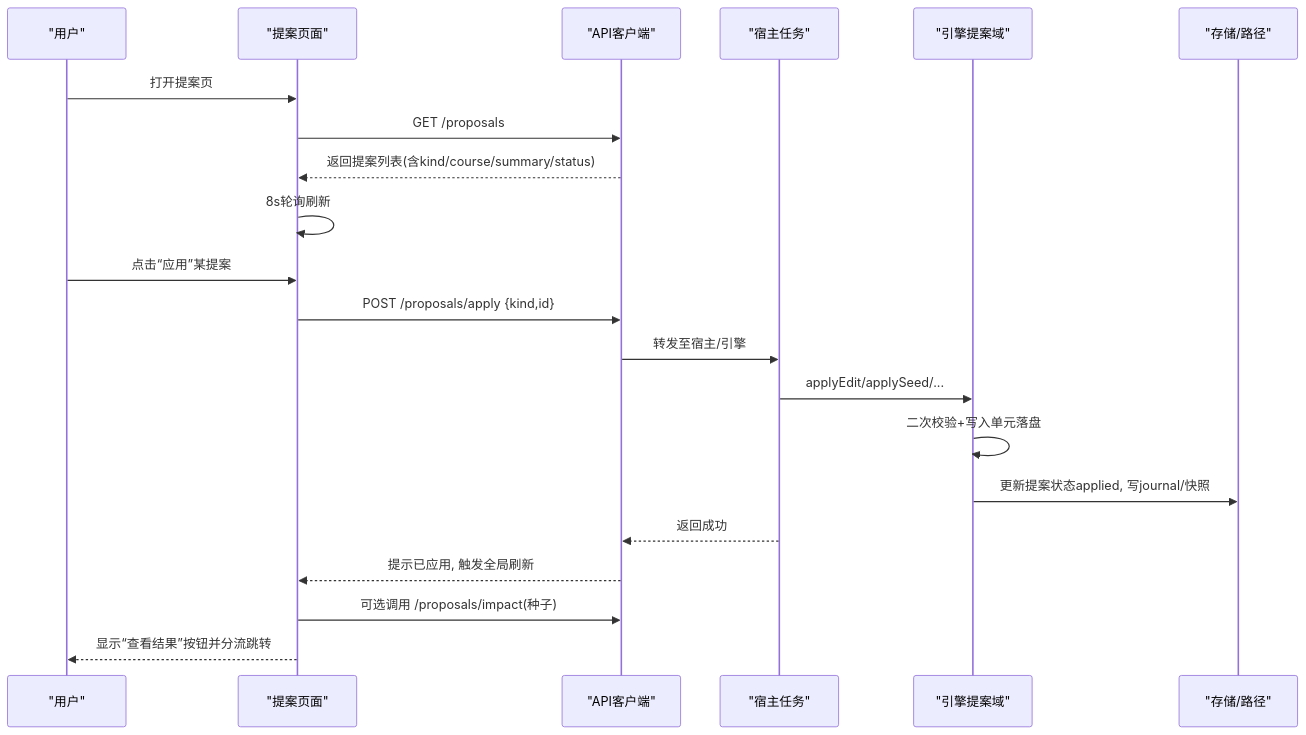
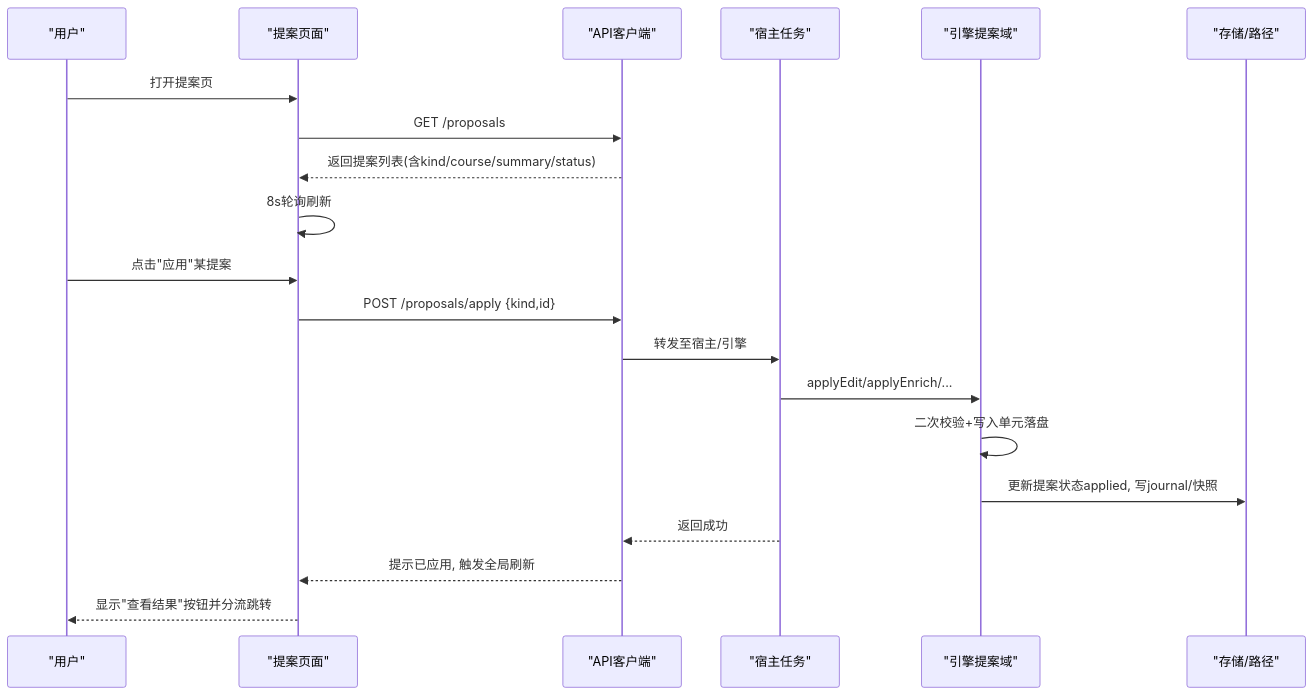
The second of 5 diagrams in .qoder/repowiki/zh/content/前端界面/页面组件/项目相关页面/提案页面 (ProposalsPage).md (maozhijie/learnhub-plugin), drawn with Mermaid before and after one commit. The commit also changed other lines of this file and 43 other files, not shown here.

````diff
--- a/.qoder/repowiki/zh/content/前端界面/页面组件/项目相关页面/提案页面 (ProposalsPage).md
+++ b/.qoder/repowiki/zh/content/前端界面/页面组件/项目相关页面/提案页面 (ProposalsPage).md
@@ -92,23 +99,22 @@
 ```mermaid
 sequenceDiagram
 participant U as "用户"
 participant P as "提案页面"
 participant A as "API客户端"
 participant H as "宿主任务"
 participant E as "引擎提案域"
 participant S as "存储/路径"
 U->>P : 打开提案页
 P->>A : GET /proposals
 A-->>P : 返回提案列表(含kind/course/summary/status)
 P->>P : 8s轮询刷新
-U->>P : 点击“应用”某提案
+U->>P : 点击"应用"某提案
 P->>A : POST /proposals/apply {kind,id}
 A->>H : 转发至宿主/引擎
-H->>E : applyEdit/applySeed/...
+H->>E : applyEdit/applyEnrich/...
 E->>E : 二次校验+写入单元落盘
 E->>S : 更新提案状态applied, 写journal/快照
 H-->>A : 返回成功
 A-->>P : 提示已应用, 触发全局刷新
-P->>A : 可选调用 /proposals/impact(种子)
-P-->>U : 显示“查看结果”按钮并分流跳转
+P-->>U : 显示"查看结果"按钮并分流跳转
 ```
````
